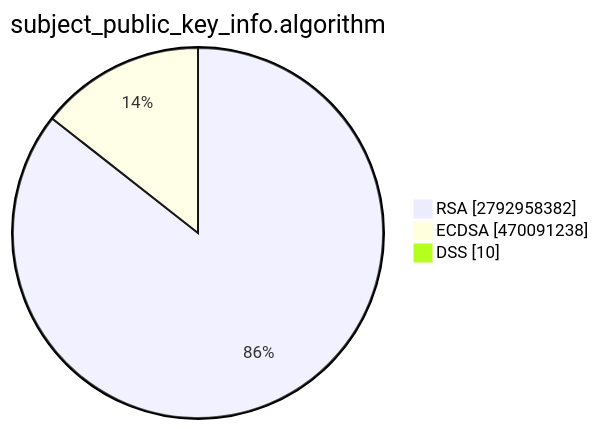
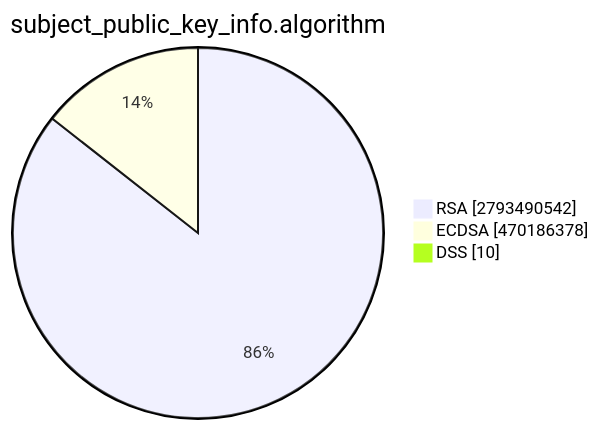
The second of 15 diagrams in TOTAL/README.md (christiankrug/ctmonitor_visualization), drawn with Mermaid before and after one commit. The commit also changed other lines of this file, not shown here.

````diff
--- a/TOTAL/README.md
+++ b/TOTAL/README.md
@@ -6,7 +6,7 @@
 ```mermaid
 pie showData
 title subject_public_key_info.algorithm
-"RSA" :2792958382
-"ECDSA" :470091238
+"RSA" :2793490542
+"ECDSA" :470186378
 "DSS" :10
 ```
````
